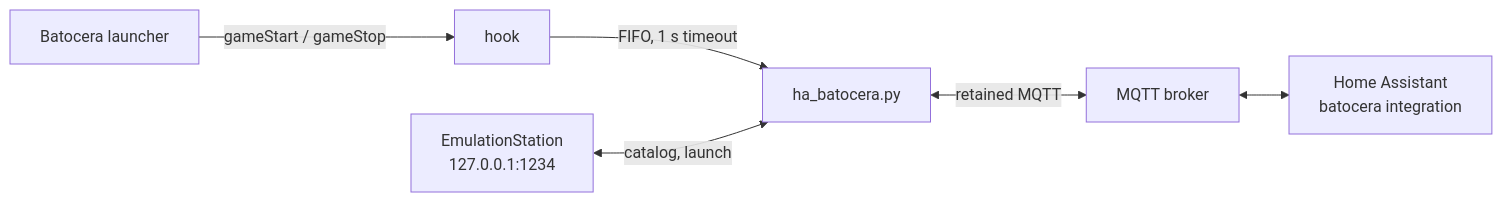
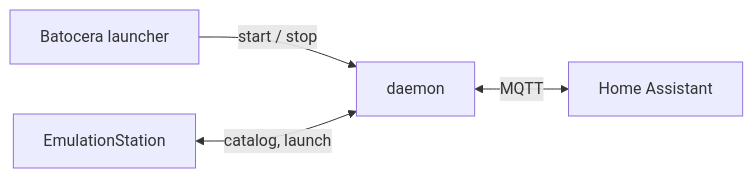
The diagram in content/posts/2026-11-15-batocera-in-home-assistant/index.en.md (vjt/sindro.me), drawn with Mermaid before and after one commit. The commit also changed other lines of this file and 1 other file, not shown here.

Commit message:
post(batocera): cut to a post, the details live in the README

````diff
--- a/content/posts/2026-11-15-batocera-in-home-assistant/index.en.md
+++ b/content/posts/2026-11-15-batocera-in-home-assistant/index.en.md
@@ -57,8 +36,6 @@
 ```mermaid
 graph LR
-    launcher[Batocera launcher] -->|gameStart / gameStop| hook
-    hook -->|FIFO, 1 s timeout| daemon[ha_batocera.py]
-    es[EmulationStation<br/>127.0.0.1:1234] <-->|catalog, launch| daemon
-    daemon <-->|retained MQTT| broker[MQTT broker]
-    broker <--> ha[Home Assistant<br/>batocera integration]
+    launcher[Batocera launcher] -->|start / stop| daemon[daemon]
+    es[EmulationStation] <-->|catalog, launch| daemon
+    daemon <-->|MQTT| ha[Home Assistant]
 ```
````
